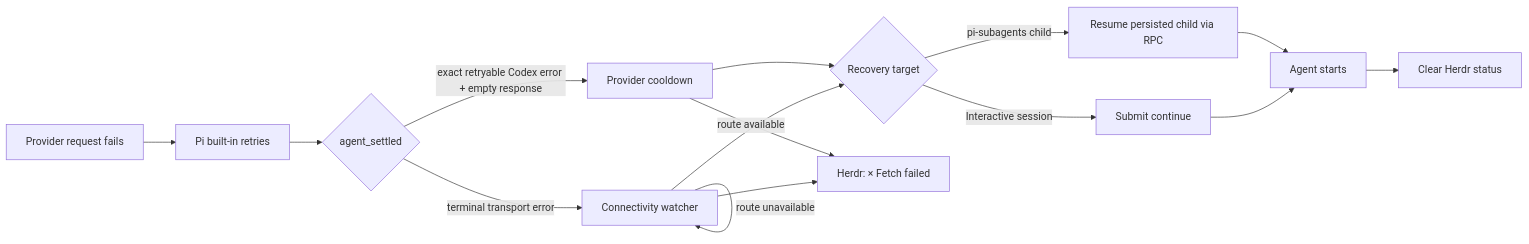
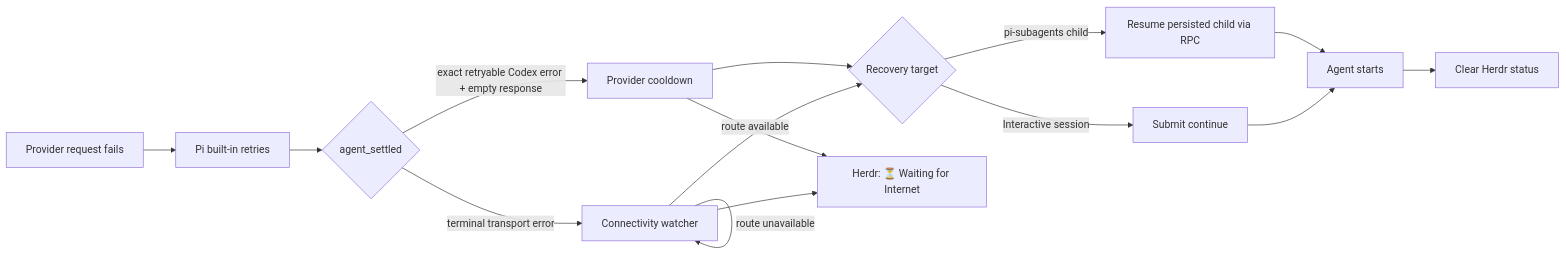
Before and after one commit to applifaction/pi-herdr-fetch-recovery: the diagram in README.md, drawn with Mermaid. The commit also changed other lines of this file and 7 other files, not shown here.

````diff
--- a/README.md
+++ b/README.md
@@ -101,17 +101,17 @@
 ```mermaid
 flowchart LR
     A[Provider request fails] --> B[Pi built-in retries]
     B --> C{agent_settled}
     C -->|terminal transport error| D[Connectivity watcher]
     C -->|exact retryable Codex error + empty response| K[Provider cooldown]
     D -->|route unavailable| D
     D -->|route available| E{Recovery target}
     K --> E
     E -->|Interactive session| F[Submit continue]
     E -->|pi-subagents child| G[Resume persisted child via RPC]
-    D --> H[Herdr: × Fetch failed]
+    D --> H[Herdr: ⏳ Waiting for Internet]
     K --> H
     F --> I[Agent starts]
     G --> I
     I --> J[Clear Herdr status]
 ```
````
